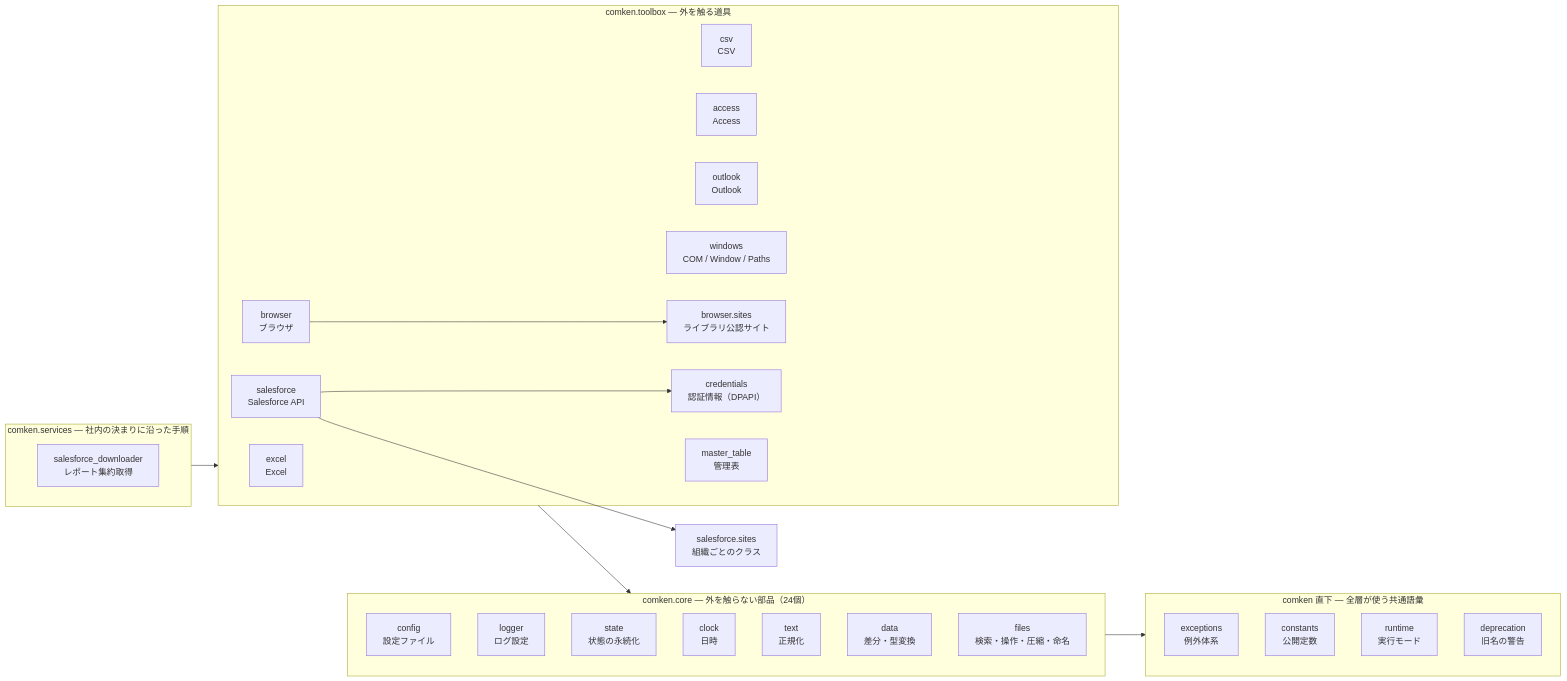
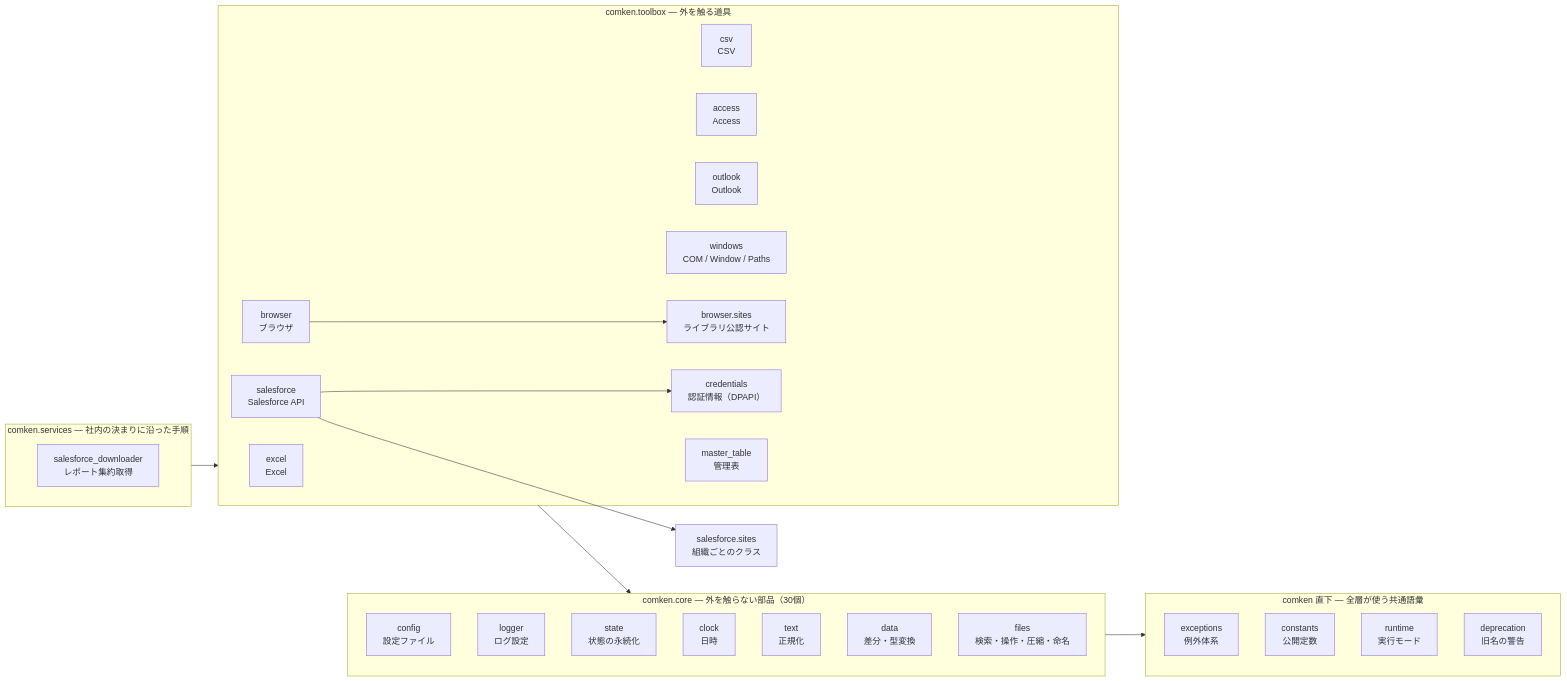
The first of 4 diagrams in README.md (tenniscorecom/comken), drawn with Mermaid before and after one commit. The commit also changed other lines of this file and 58 other files, not shown here.

````diff
--- a/README.md
+++ b/README.md
@@ -553,39 +536,39 @@
 ```mermaid
 graph LR
     subgraph L0["comken 直下 — 全層が使う共通語彙"]
         exceptions["exceptions\n例外体系"]
         constants["constants\n公開定数"]
         runtime["runtime\n実行モード"]
         deprecation["deprecation\n旧名の警告"]
     end
-    subgraph L1["comken.core — 外を触らない部品（24個）"]
+    subgraph L1["comken.core — 外を触らない部品（30個）"]
         config["config\n設定ファイル"]
         logger["logger\nログ設定"]
         state["state\n状態の永続化"]
         clock["clock\n日時"]
         text["text\n正規化"]
         data["data\n差分・型変換"]
         corefiles["files\n検索・操作・圧縮・命名"]
     end
     subgraph L2["comken.toolbox — 外を触る道具"]
         excel["excel\nExcel"]
         csv["csv\nCSV"]
         access["access\nAccess"]
         outlook["outlook\nOutlook"]
         windows["windows\nCOM / Window / Paths"]
         browser["browser\nブラウザ"]
         browsersites["browser.sites\nライブラリ公認サイト"]
         salesforce["salesforce\nSalesforce API"]
         credentials["credentials\n認証情報（DPAPI）"]
         mastertable["master_table\n管理表"]
     end
     subgraph L3["comken.services — 社内の決まりに沿った手順"]
         downloader["salesforce_downloader\nレポート集約取得"]
     end
     L1 --> L0
     L2 --> L1
     L3 --> L2
     salesforce --> sites["salesforce.sites\n組織ごとのクラス"]
     salesforce --> credentials
     browser --> browsersites
 ```
````
